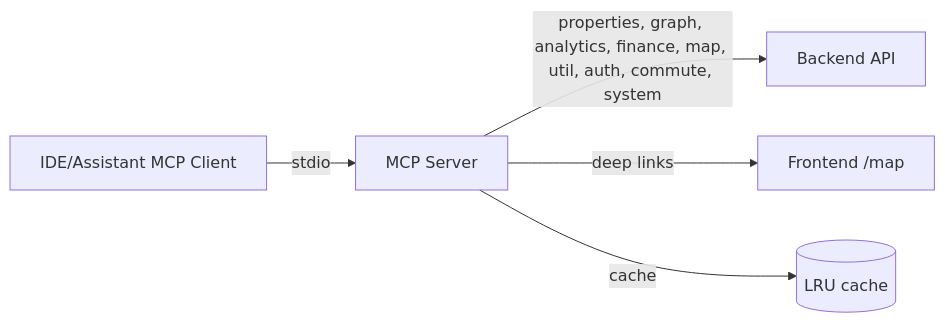
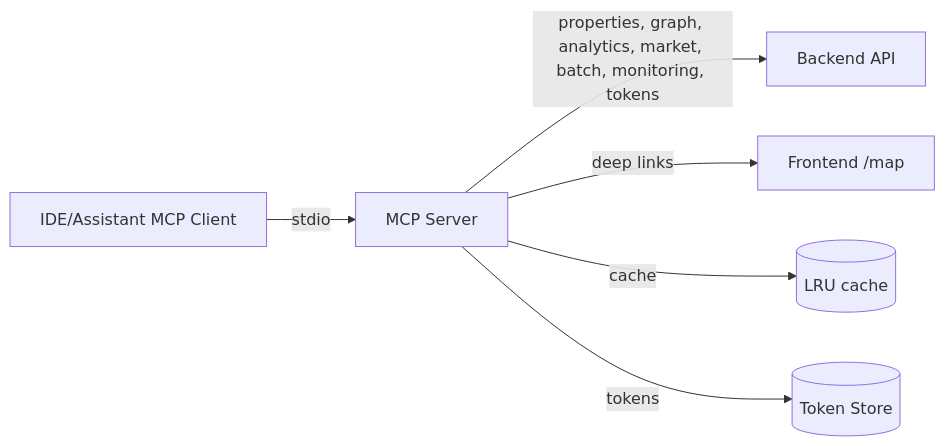
One commit to sisterai/estate-assistant-system changed the first of 11 diagrams in mcp/README.md. Above: the diagram before and after it, drawn with Mermaid. The commit also changed other lines of this file and 11 other files, not shown here.

Commit message:
feat(token): implement comprehensive token management system with HMAC signing, configurable TTL, and refresh token support

````diff
--- a/mcp/README.md
+++ b/mcp/README.md
@@ -187,7 +286,8 @@
 ```mermaid
 flowchart LR
   Client[IDE/Assistant MCP Client] -- stdio --> Server[MCP Server]
-  Server -->|properties, graph, analytics, finance, map, util, auth, commute, system| API[Backend API]
+  Server -->|properties, graph, analytics, market, batch, monitoring, tokens| API[Backend API]
   Server -->|deep links| Frontend[Frontend /map]
   Server -->|cache| Cache[(LRU cache)]
+  Server -->|tokens| TokenStore[(Token Store)]
 ```
````
